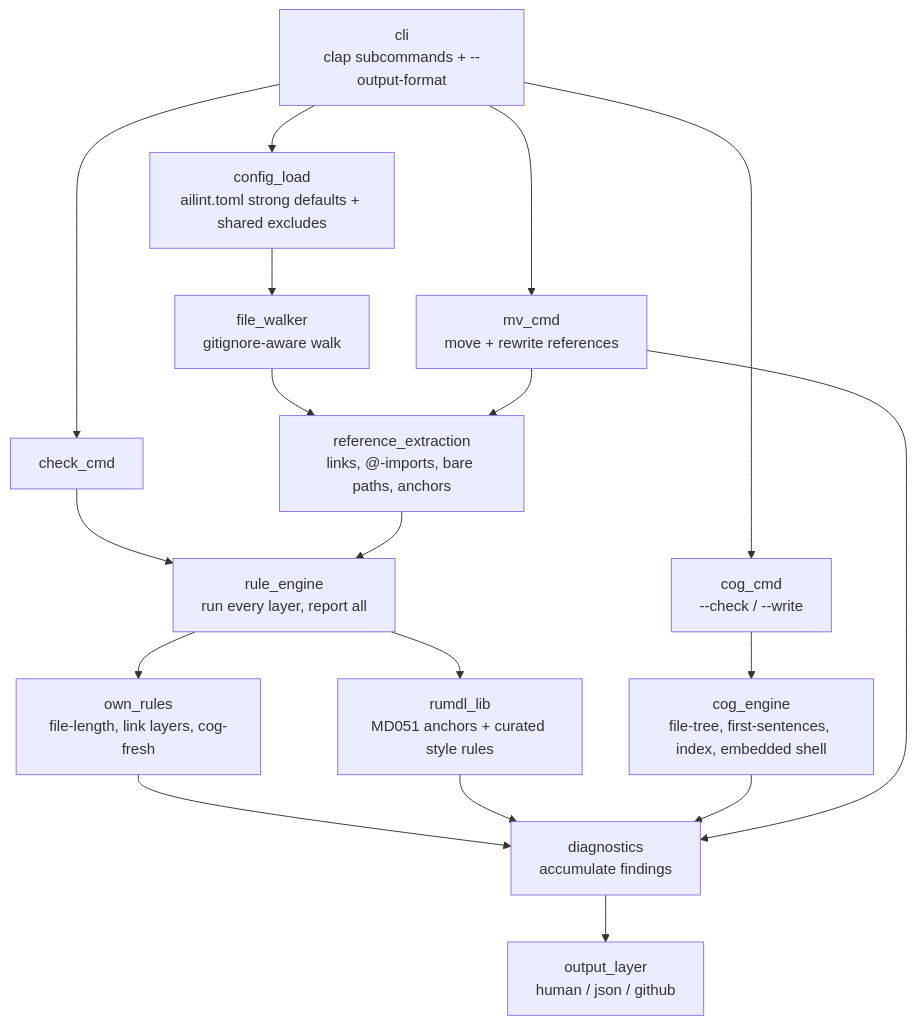
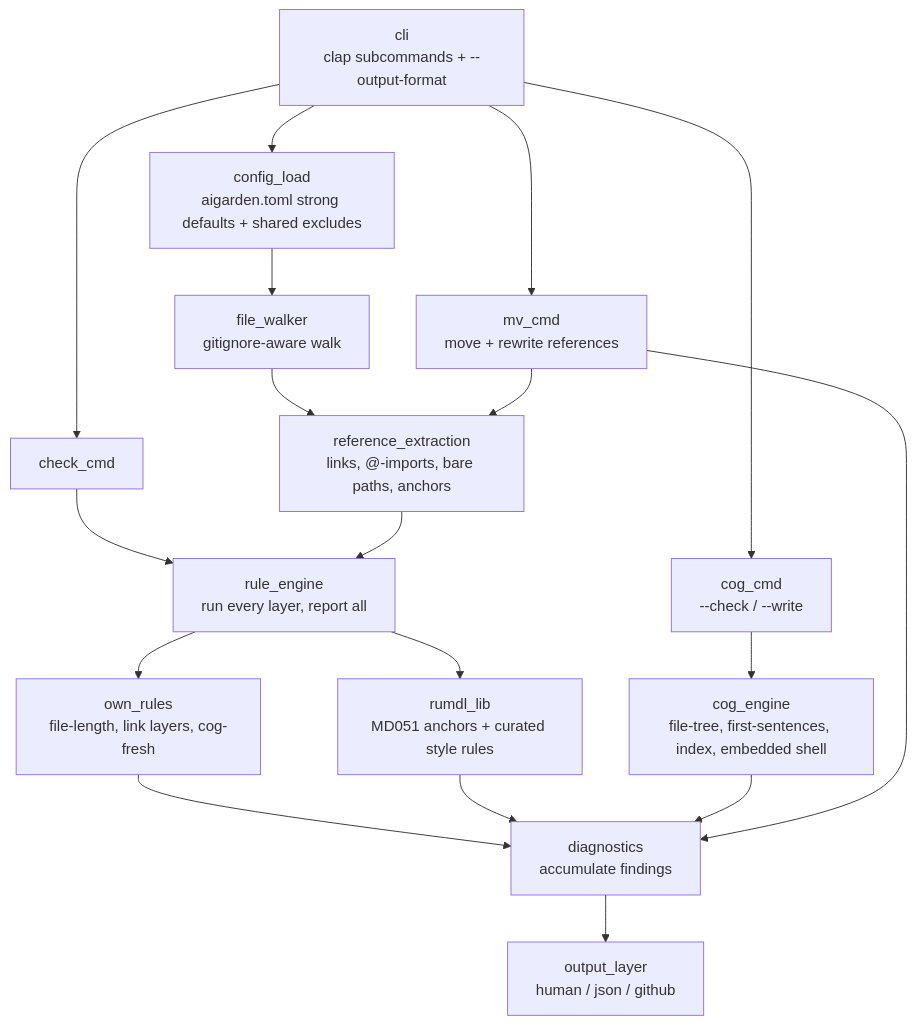
One commit to nathanielobrown/aigarden changed the diagram in docs/design.md. Above: the diagram before and after it, drawn with Mermaid. The commit also changed other lines of this file and 81 other files, not shown here.

First line of the commit message:
🧹 Rename ailint → aigarden; add MIT LICENSE (#1)

````diff
--- a/docs/design.md
+++ b/docs/design.md
@@ -9,24 +9,24 @@
 ```mermaid
 flowchart TD
-    cli[cli<br>clap subcommands + --output-format] --> config_load[config_load<br>ailint.toml strong defaults + shared excludes]
+    cli[cli<br>clap subcommands + --output-format] --> config_load[config_load<br>aigarden.toml strong defaults + shared excludes]
     config_load --> file_walker[file_walker<br>gitignore-aware walk]
     file_walker --> reference_extraction[reference_extraction<br>links, @-imports, bare paths, anchors]
 
     cli --> check_cmd[check_cmd]
     cli --> cog_cmd[cog_cmd<br>--check / --write]
     cli --> mv_cmd[mv_cmd<br>move + rewrite references]
 
     check_cmd --> rule_engine[rule_engine<br>run every layer, report all]
     reference_extraction --> rule_engine
     rule_engine --> own_rules[own_rules<br>file-length, link layers, cog-fresh]
     rule_engine --> rumdl_lib[rumdl_lib<br>MD051 anchors + curated style rules]
 
     cog_cmd --> cog_engine[cog_engine<br>file-tree, first-sentences, index, embedded shell]
     mv_cmd --> reference_extraction
 
     own_rules --> diagnostics[diagnostics<br>accumulate findings]
     rumdl_lib --> diagnostics
     cog_engine --> diagnostics
     mv_cmd --> diagnostics
     diagnostics --> output_layer[output_layer<br>human / json / github]
 ```
````
